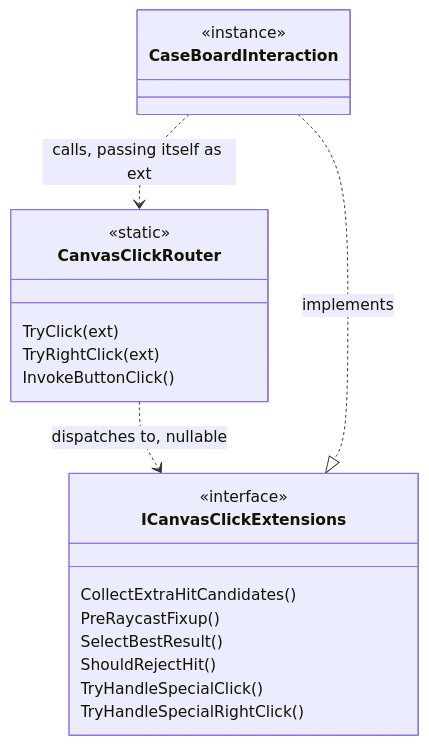
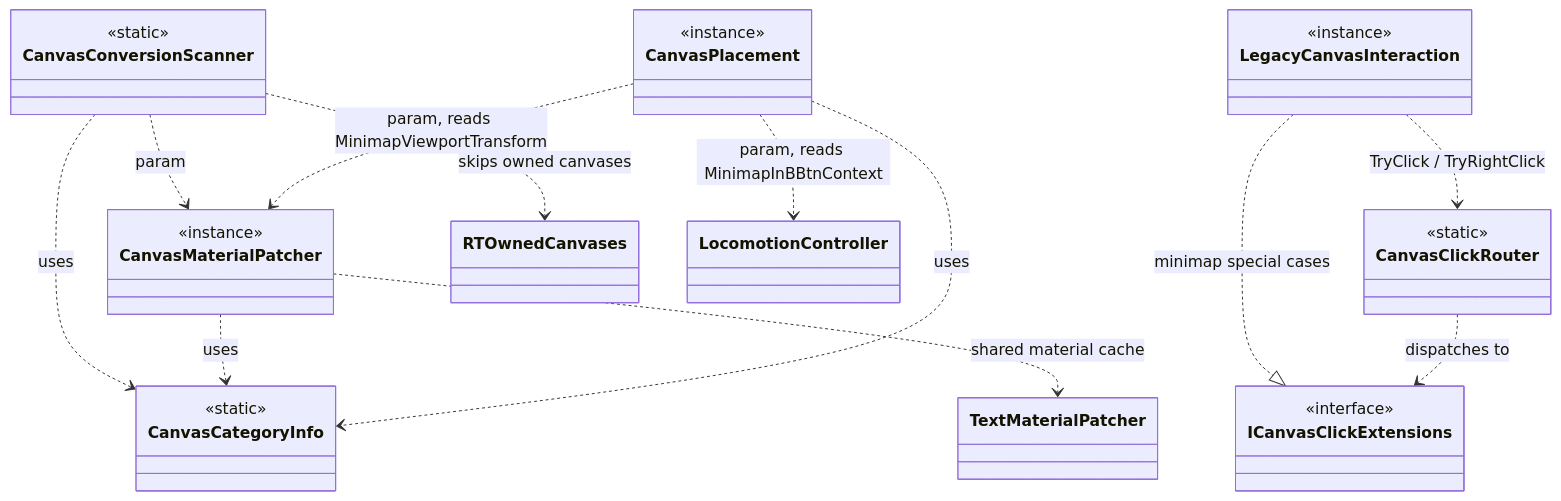
Before and after one commit to wesjones15/Shadows-of-Doubt-VR: the third of 3 diagrams in ARCHITECTURE.md, drawn with Mermaid. The commit also changed other lines of this file and 3 other files, not shown here.

First line of the commit message:
Bring the docs up to date with the finished case-board migration

````diff
--- a/ARCHITECTURE.md
+++ b/ARCHITECTURE.md
@@ -116,25 +113,22 @@
 ```mermaid
 classDiagram
-    class CanvasClickRouter {
-        <<static>>
-        TryClick(ext)
-        TryRightClick(ext)
-        InvokeButtonClick()
-    }
-    class ICanvasClickExtensions {
-        <<interface>>
-        CollectExtraHitCandidates()
-        PreRaycastFixup()
-        SelectBestResult()
-        ShouldRejectHit()
-        TryHandleSpecialClick()
-        TryHandleSpecialRightClick()
-    }
-    class CaseBoardInteraction {
-        <<instance>>
-    }
+    class CanvasCategoryInfo { <<static>> }
+    class CanvasMaterialPatcher { <<instance>> }
+    class CanvasConversionScanner { <<static>> }
+    class CanvasPlacement { <<instance>> }
+    class LegacyCanvasInteraction { <<instance>> }
+    class CanvasClickRouter { <<static>> }
+    class ICanvasClickExtensions { <<interface>> }
 
-    CanvasClickRouter ..> ICanvasClickExtensions : dispatches to, nullable
-    CaseBoardInteraction ..|> ICanvasClickExtensions : implements
-    CaseBoardInteraction ..> CanvasClickRouter : calls, passing itself as ext
+    CanvasConversionScanner ..> CanvasMaterialPatcher : param
+    CanvasConversionScanner ..> CanvasCategoryInfo : uses
+    CanvasConversionScanner ..> RTOwnedCanvases : skips owned canvases
+    CanvasMaterialPatcher ..> CanvasCategoryInfo : uses
+    CanvasMaterialPatcher ..> TextMaterialPatcher : shared material cache
+    CanvasPlacement ..> CanvasCategoryInfo : uses
+    CanvasPlacement ..> CanvasMaterialPatcher : param, reads MinimapViewportTransform
+    CanvasPlacement ..> LocomotionController : param, reads MinimapInBBtnContext
+    LegacyCanvasInteraction ..> CanvasClickRouter : TryClick / TryRightClick
+    LegacyCanvasInteraction ..|> ICanvasClickExtensions : minimap special cases
+    CanvasClickRouter ..> ICanvasClickExtensions : dispatches to
 ```
````
